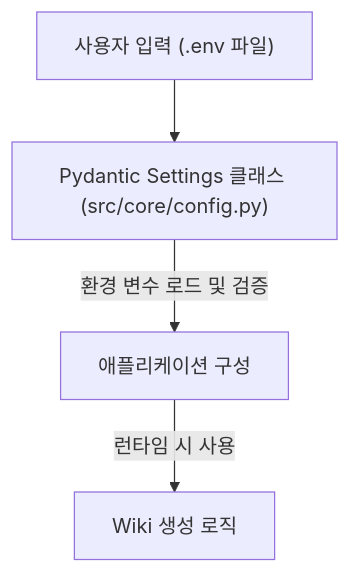
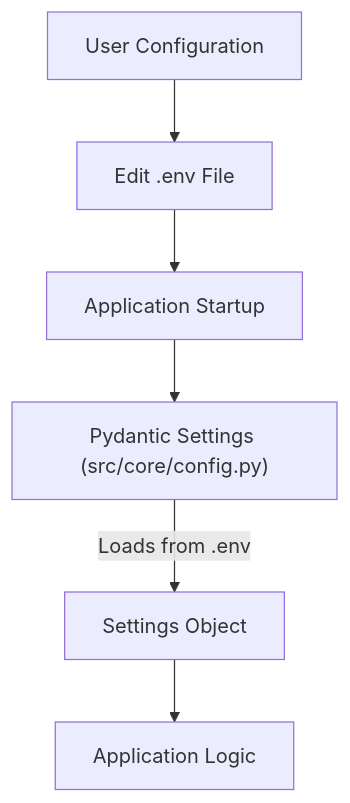
One commit to catuscio/wiki-as-readme changed diagram 13 of 19 in examples/wiki_as_README.md. Above: the diagram before and after it, drawn with Mermaid. The commit also changed other lines of this file, not shown here.

Commit message:
✨📚 Update examples/wiki_as_README.md via Wiki-As-Readme Action (en)

````diff
--- a/examples/wiki_as_README.md
+++ b/examples/wiki_as_README.md
@@ -1668,6 +1426,8 @@
 ```mermaid
 graph TD
-    A["사용자 입력 (.env 파일)"] --> B["Pydantic Settings 클래스 (src/core/config.py)"];
-    B -- "환경 변수 로드 및 검증" --> C["애플리케이션 구성"];
-    C -- "런타임 시 사용" --> D["Wiki 생성 로직"];
+    A["User Configuration"] --> B["Edit .env File"];
+    B --> C["Application Startup"];
+    C --> D["Pydantic Settings (src/core/config.py)"];
+    D -- "Loads from .env" --> E["Settings Object"];
+    E --> F["Application Logic"];
 ```
````
